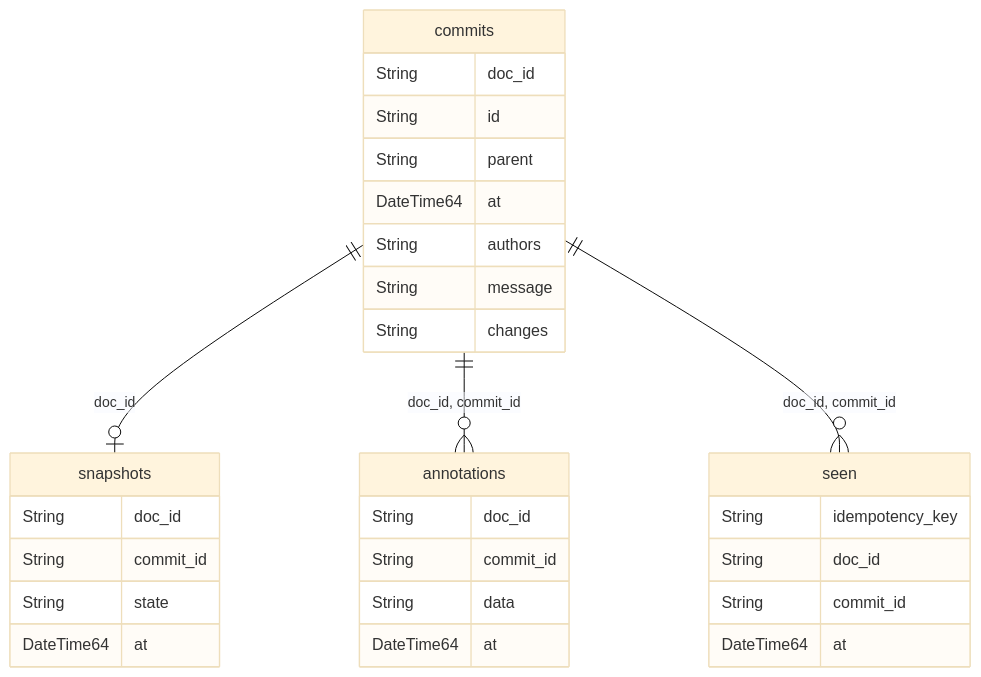
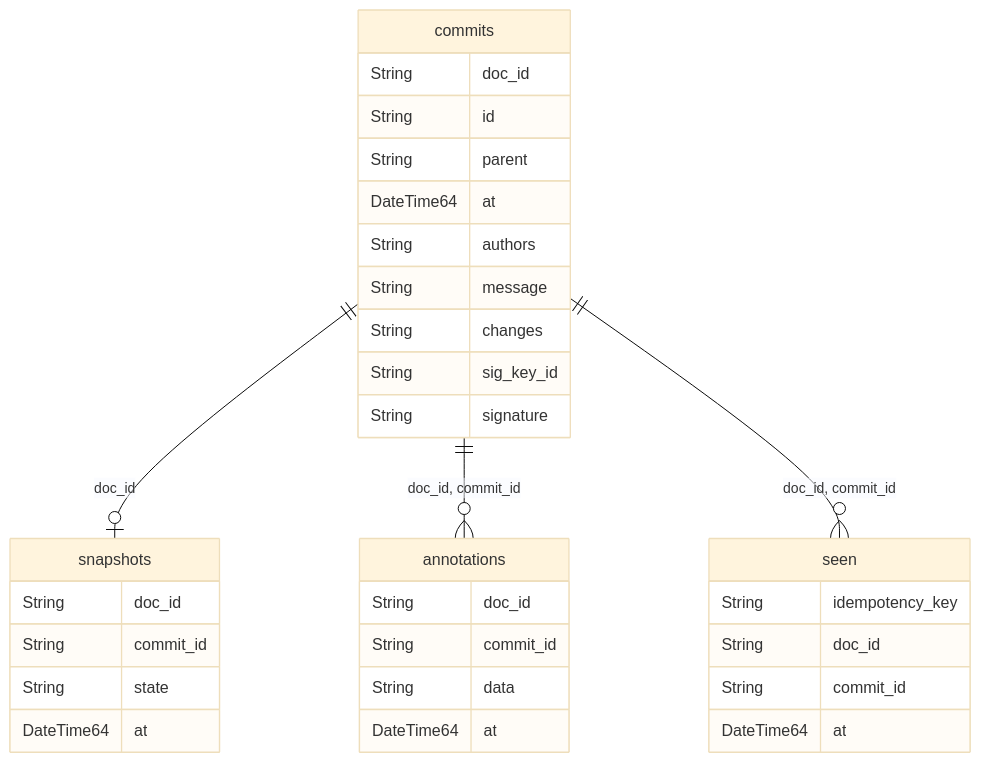
One commit to zdirnecamlcs96/chronicle changed the diagram in docs/operations.md. Above: the diagram before and after it, drawn with Mermaid (base theme). The commit also changed other lines of this file and 43 other files, not shown here.

````diff
--- a/docs/operations.md
+++ b/docs/operations.md
@@ -17,35 +17,37 @@
 ```mermaid
 %% alt: Entity relationship diagram of the four chronicle tables. commits is the append-only log; snapshots relates to it one-to-one by doc_id, while annotations and seen relate to it one-to-many by doc_id and commit_id.
 erDiagram
     commits {
         String doc_id
         String id
         String parent
         DateTime64 at
         String authors
         String message
         String changes
+        String sig_key_id
+        String signature
     }
     seen {
         String idempotency_key
         String doc_id
         String commit_id
         DateTime64 at
     }
     snapshots {
         String doc_id
         String commit_id
         String state
         DateTime64 at
     }
     annotations {
         String doc_id
         String commit_id
         String data
         DateTime64 at
     }
 
     commits ||--o| snapshots  : "doc_id"
     commits ||--o{ annotations : "doc_id, commit_id"
     commits ||--o{ seen : "doc_id, commit_id"
 ```
````
